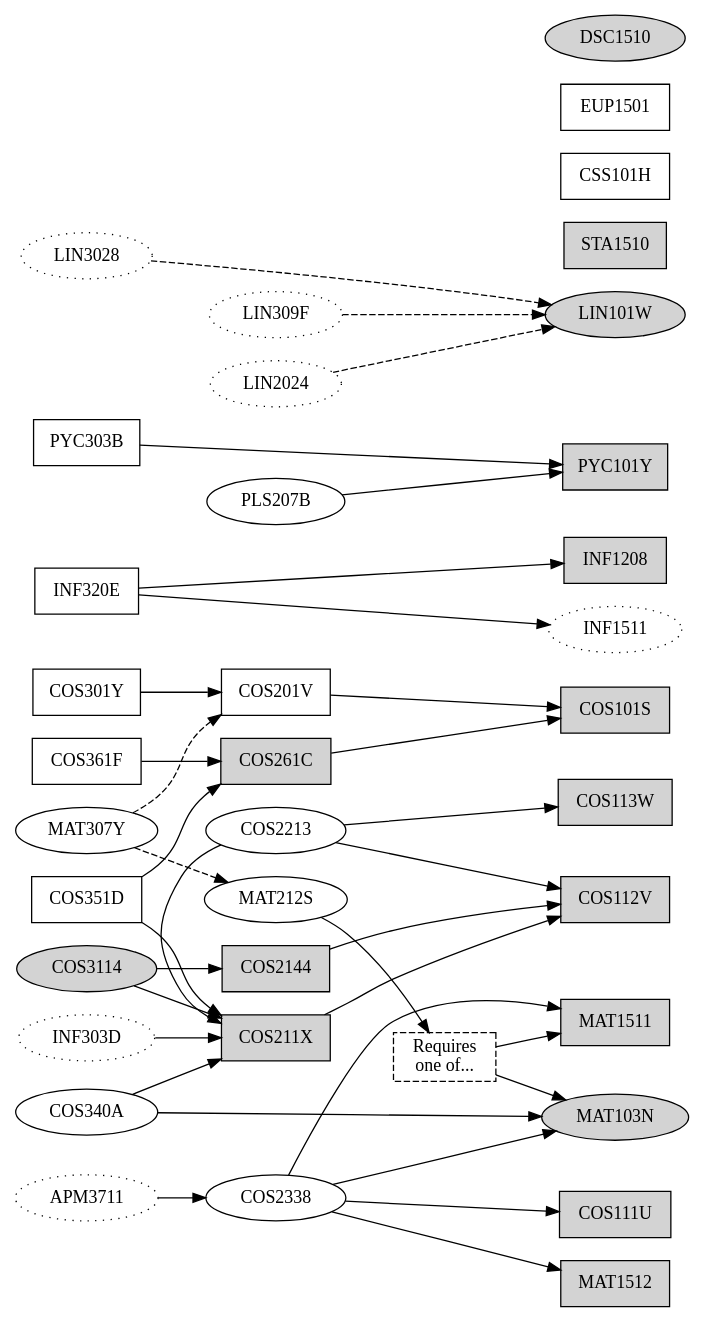
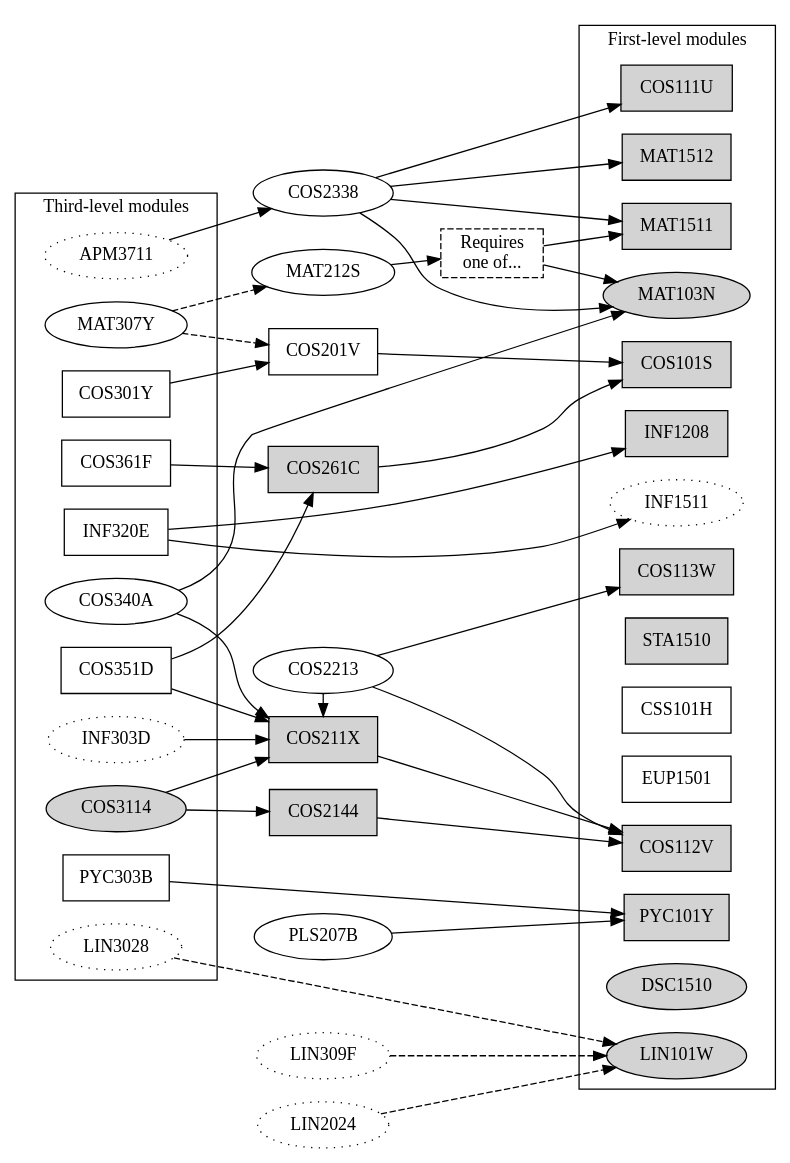
Before and after one commit to apauley/unisa-module-graph: the diagram in ComputationalIntelligence.dot, drawn with Graphviz.

Commit message:
Try using subgraphs

```diff
--- a/ComputationalIntelligence.dot
+++ b/ComputationalIntelligence.dot
@@ -1,62 +1,73 @@
 digraph ComputationalIntelligence {
     node [shape=box];
     rankdir=LR;
 
-    {rank=same; COS301Y INF320E COS351D COS361F PYC303B}
-    {rank=same; node [shape=ellipse];
-    COS3114 [style=filled]
-    MAT307Y COS340A
-    APM3711 [style=dotted]
-    INF303D [style=dotted]
-    LIN3028 [style=dotted]}
+    subgraph cluster3 {
+        label = "Third-level modules";
+
+        {rank=same;
+        COS301Y INF320E COS351D COS361F PYC303B}
+
+        {rank=same; node [shape=ellipse];
+        COS3114 [style=filled]
+        MAT307Y COS340A
+        APM3711 [style=dotted]
+        INF303D [style=dotted]
+        LIN3028 [style=dotted]}
+    }
 
     {rank=same;
     COS201V
     {node [style=filled]; COS211X COS261C COS2144}}
 
     {rank=same; node [shape=ellipse];
     COS2213 COS2338 MAT212S PLS207B
     LIN309F [style=dotted]
     LIN2024 [style=dotted]}
 
-    {rank=same;
+    MAT103OR151 [label="Requires\none of...", style=dashed];
+
+    subgraph cluster1 {
+        label = "First-level modules";
+
+        {rank=same;
         {node [style=filled];
               COS101S COS112V COS113W INF1208 MAT1511 MAT1512
               PYC101Y COS111U STA1510}
         CSS101H EUP1501}
 
-    {rank=same; node [shape=ellipse];
-        INF1511 [style=dotted]
-        {node [style=filled];
-              MAT103N DSC1510 LIN101W}}
+        {rank=same; node [shape=ellipse];
+            INF1511 [style=dotted]
+            {node [style=filled];
+                MAT103N DSC1510 LIN101W}}
+    }
 
     COS301Y -> {COS201V}
     INF320E -> {INF1208 INF1511}
     COS351D -> {COS211X COS261C}
     COS361F -> {COS261C}
     PYC303B -> {PYC101Y}
 
     COS3114 -> {COS211X COS2144}
     APM3711 -> {COS2338}
     MAT307Y -> {MAT212S COS201V} [style=dashed]
     INF303D -> {COS211X}
     LIN3028 -> {LIN101W} [style=dashed]
     COS340A -> {COS211X MAT103N}
 
 
     COS201V -> {COS101S}
     COS211X -> {COS112V}
     COS261C -> {COS101S}
     COS2144 -> {COS112V}
 
     {rank=same; COS2213 COS211X}
     COS2213 -> {COS112V COS113W}
     COS2213 -> {COS211X}
     COS2338 -> {COS111U MAT103N MAT1511 MAT1512}
-    MAT103OR151 [label="Requires\none of...", style=dashed];
     MAT212S -> {MAT103OR151}
     MAT103OR151 -> {MAT103N MAT1511}
     LIN309F -> {LIN101W} [style=dashed]
     LIN2024 -> {LIN101W} [style=dashed]
     PLS207B -> {PYC101Y}
 }
```
